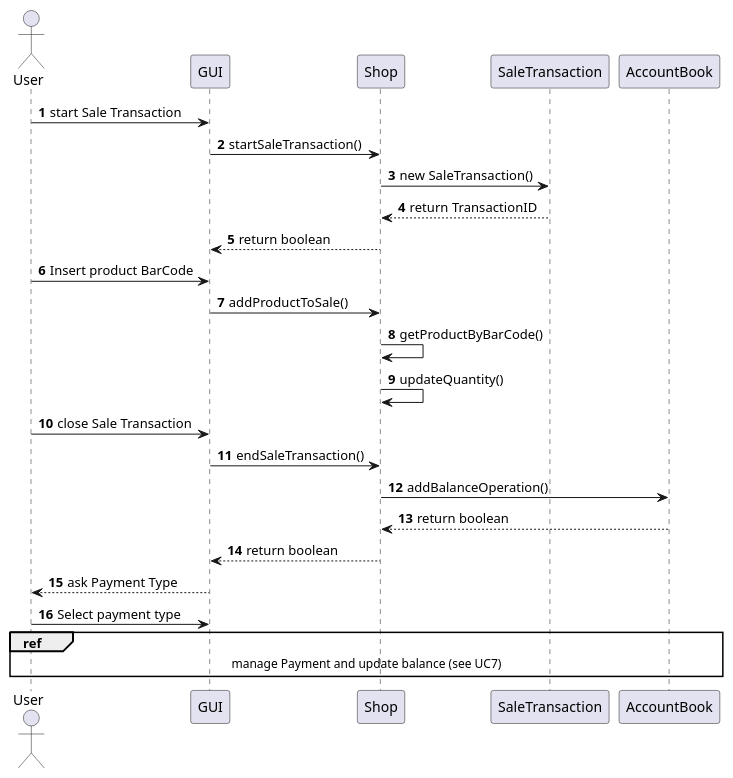
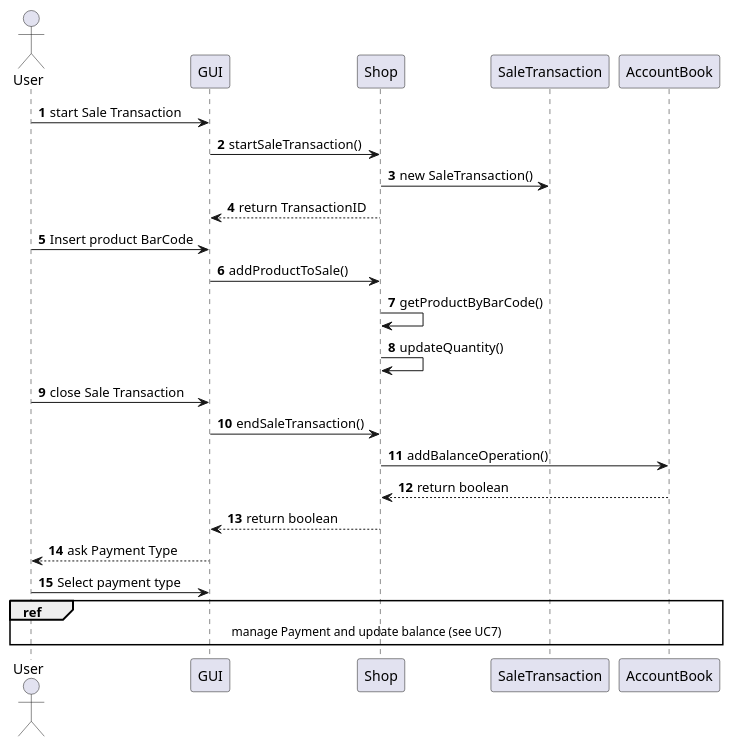
One commit to Stormz4/group20-EzShop changed diagram 16 of 23 in Deliverables/DesignDocument.md. Above: the diagram before and after it, drawn with PlantUML. The commit also changed other lines of this file, not shown here.

````diff
--- a/Deliverables/DesignDocument.md
+++ b/Deliverables/DesignDocument.md
@@ -552,25 +551,24 @@
 ```plantuml
 @startuml
 Actor User
 autonumber
 User -> GUI: start Sale Transaction
 GUI -> Shop: startSaleTransaction()
 Shop -> SaleTransaction: new SaleTransaction()
-SaleTransaction --> Shop: return TransactionID
-Shop --> GUI: return boolean
+Shop --> GUI: return TransactionID
 User -> GUI: Insert product BarCode
 GUI -> Shop: addProductToSale()
 Shop -> Shop: getProductByBarCode()
 Shop -> Shop : updateQuantity()
 User -> GUI: close Sale Transaction
 GUI -> Shop: endSaleTransaction()
 Shop -> AccountBook: addBalanceOperation()
 AccountBook --> Shop: return boolean
 Shop --> GUI: return boolean
 GUI --> User: ask Payment Type
 User -> GUI: Select payment type
 ref over GUI, User, Shop, AccountBook
  manage Payment and update balance (see UC7)
 end ref
 @enduml
 ```
````
